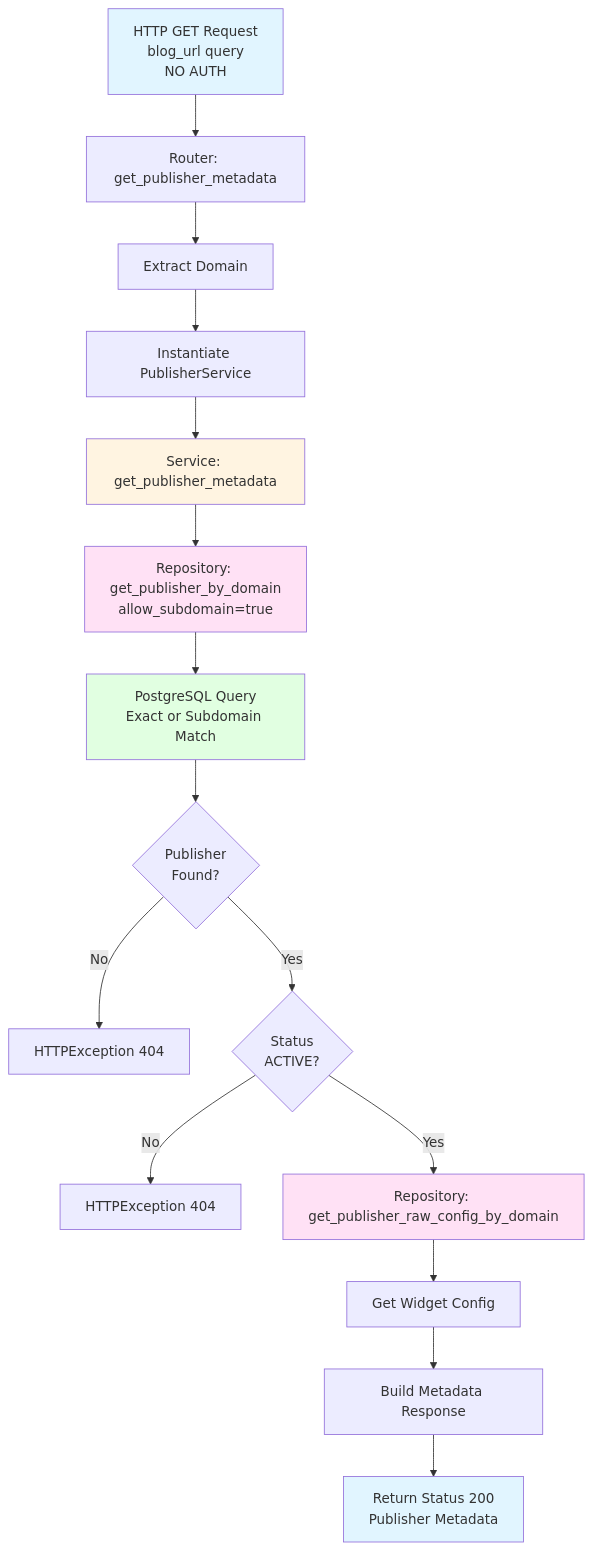
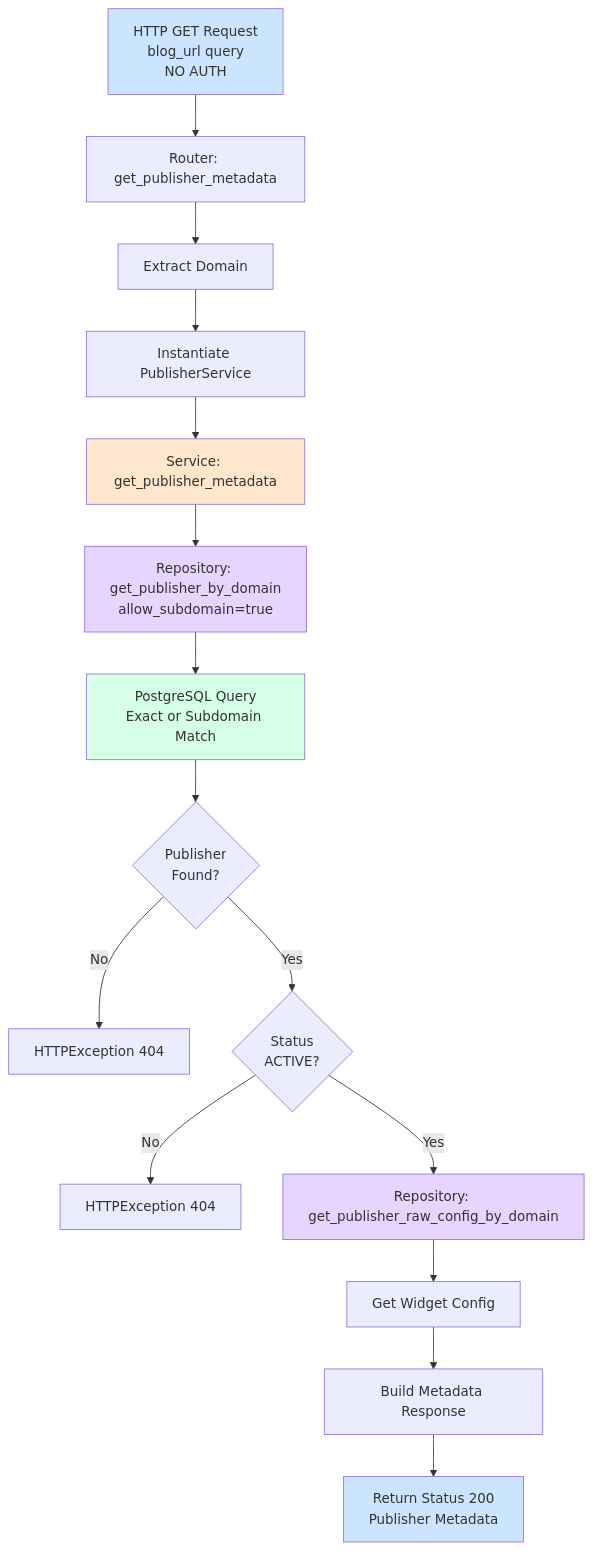
Before and after one commit to amitspk/project-x: diagram 12 of 12 in SelfLearning/fyi_widget_api/ENDPOINT_FLOWS_VISUAL.md, drawn with Mermaid. The commit also changed other lines of this file, not shown here.

Commit message:
updated flow diagram

````diff
--- a/SelfLearning/fyi_widget_api/ENDPOINT_FLOWS_VISUAL.md
+++ b/SelfLearning/fyi_widget_api/ENDPOINT_FLOWS_VISUAL.md
@@ -388,24 +388,24 @@
 ```mermaid
 graph TD
     A[HTTP GET Request<br/>blog_url query<br/>NO AUTH] --> B[Router: get_publisher_metadata]
     B --> C[Extract Domain]
     C --> D[Instantiate PublisherService]
     D --> E[Service: get_publisher_metadata]
     E --> F[Repository: get_publisher_by_domain<br/>allow_subdomain=true]
     F --> G[PostgreSQL Query<br/>Exact or Subdomain Match]
     G --> H{Publisher<br/>Found?}
     H -->|No| I[HTTPException 404]
     H -->|Yes| J{Status<br/>ACTIVE?}
     J -->|No| K[HTTPException 404]
     J -->|Yes| L[Repository: get_publisher_raw_config_by_domain]
     L --> M[Get Widget Config]
     M --> N[Build Metadata Response]
     N --> O[Return Status 200<br/>Publisher Metadata]
     
-    style A fill:#e1f5ff
-    style E fill:#fff4e1
-    style F fill:#ffe1f5
-    style L fill:#ffe1f5
-    style G fill:#e1ffe1
-    style O fill:#e1f5ff
+    style A fill:#cce5ff
+    style E fill:#ffe6cc
+    style F fill:#e6d5ff
+    style L fill:#e6d5ff
+    style G fill:#d5ffe6
+    style O fill:#cce5ff
 ```
````
